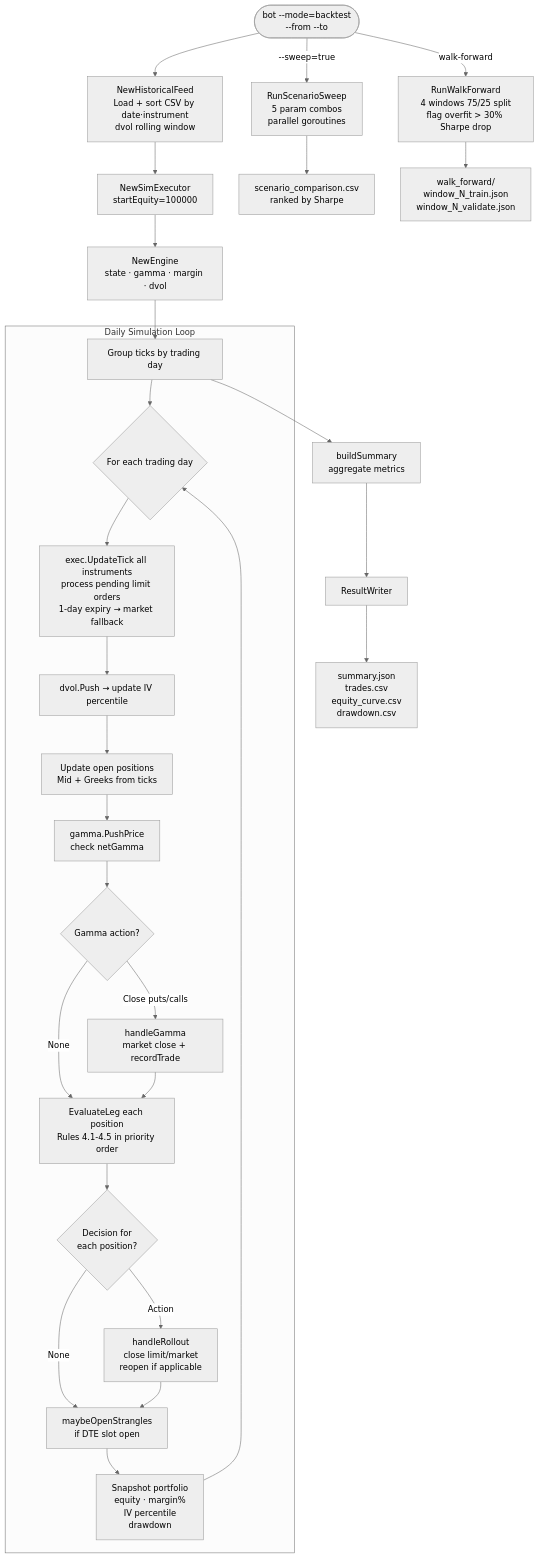
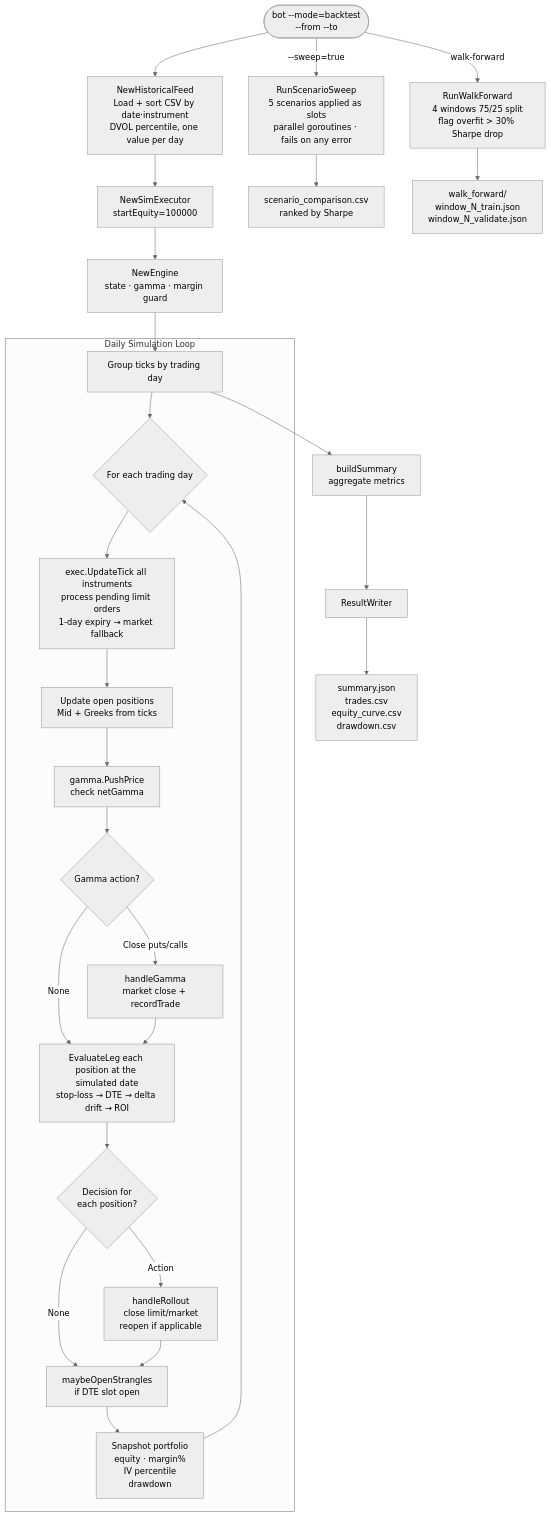
One commit to rchau73/optionsBot changed the diagram in docs/backtest_flow.mmd. Above: the diagram before and after it, drawn with Mermaid (neutral theme). The commit also changed 54 other files, not shown here.

```diff
--- a/docs/backtest_flow.mmd
+++ b/docs/backtest_flow.mmd
@@ -1,32 +1,31 @@
 flowchart TD
-    A([bot --mode=backtest\n--from --to]) --> B[NewHistoricalFeed\nLoad + sort CSV by date·instrument\ndvol rolling window]
+    A([bot --mode=backtest\n--from --to]) --> B[NewHistoricalFeed\nLoad + sort CSV by date·instrument\nDVOL percentile, one value per day]
     B --> C[NewSimExecutor\nstartEquity=100000]
-    C --> D[NewEngine\nstate · gamma · margin · dvol]
+    C --> D[NewEngine\nstate · gamma · margin guard]
     D --> E[Group ticks by trading day]
 
     subgraph DAYLOOP["Daily Simulation Loop"]
         E --> F{For each trading day}
         F --> G[exec.UpdateTick all instruments\nprocess pending limit orders\n1-day expiry → market fallback]
-        G --> H[dvol.Push → update IV percentile]
-        H --> I[Update open positions\nMid + Greeks from ticks]
+        G --> I[Update open positions\nMid + Greeks from ticks]
         I --> J[gamma.PushPrice\ncheck netGamma]
         J --> K{Gamma action?}
         K -->|"Close puts/calls"| L[handleGamma\nmarket close + recordTrade]
-        K -->|"None"| M[EvaluateLeg each position\nRules 4.1-4.5 in priority order]
+        K -->|"None"| M[EvaluateLeg each position at the simulated date\nstop-loss → DTE → delta drift → ROI]
         L --> M
         M --> N{Decision for\neach position?}
         N -->|"Action"| O[handleRollout\nclose limit/market\nreopen if applicable]
         N -->|"None"| P[maybeOpenStrangles\nif DTE slot open]
         O --> P
         P --> Q[Snapshot portfolio\nequity · margin%\nIV percentile\ndrawdown]
         Q --> F
     end
 
     E --> R[buildSummary\naggregate metrics]
     R --> S[ResultWriter]
     S --> T["summary.json\ntrades.csv\nequity_curve.csv\ndrawdown.csv"]
 
-    A -->|"--sweep=true"| U[RunScenarioSweep\n5 param combos\nparallel goroutines]
+    A -->|"--sweep=true"| U[RunScenarioSweep\n5 scenarios applied as slots\nparallel goroutines · fails on any error]
     U --> V[scenario_comparison.csv\nranked by Sharpe]
     A -->|"walk-forward"| W[RunWalkForward\n4 windows 75/25 split\nflag overfit > 30% Sharpe drop]
     W --> X[walk_forward/\nwindow_N_train.json\nwindow_N_validate.json]
```
